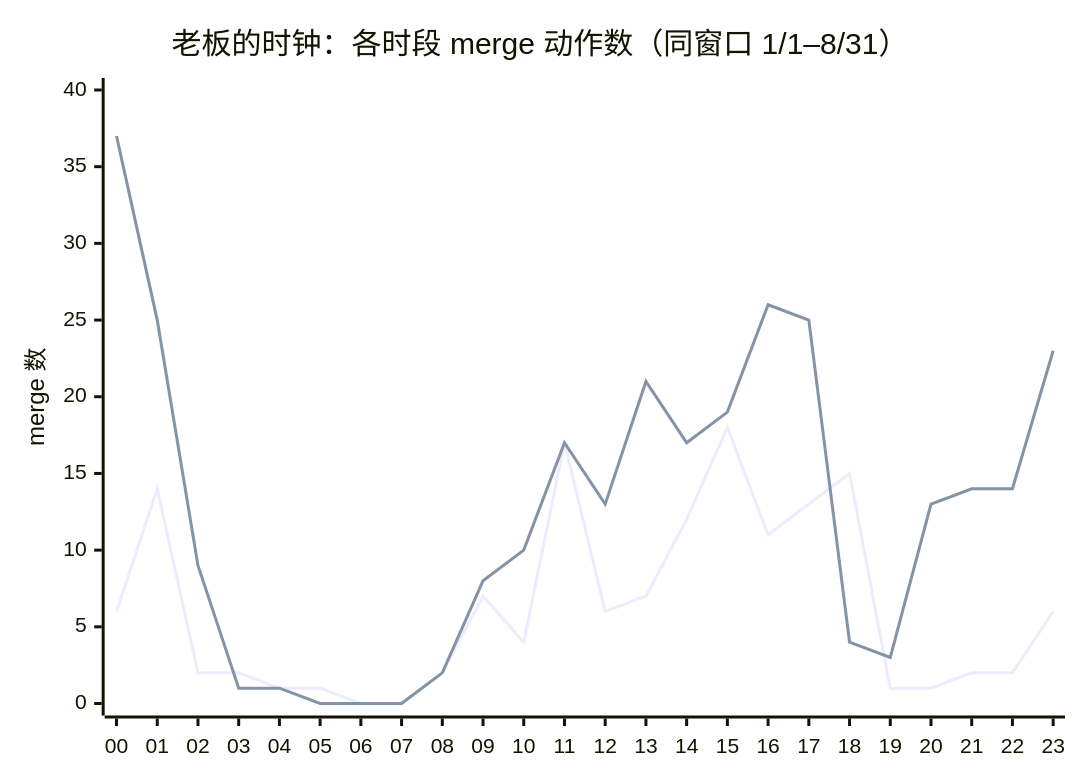
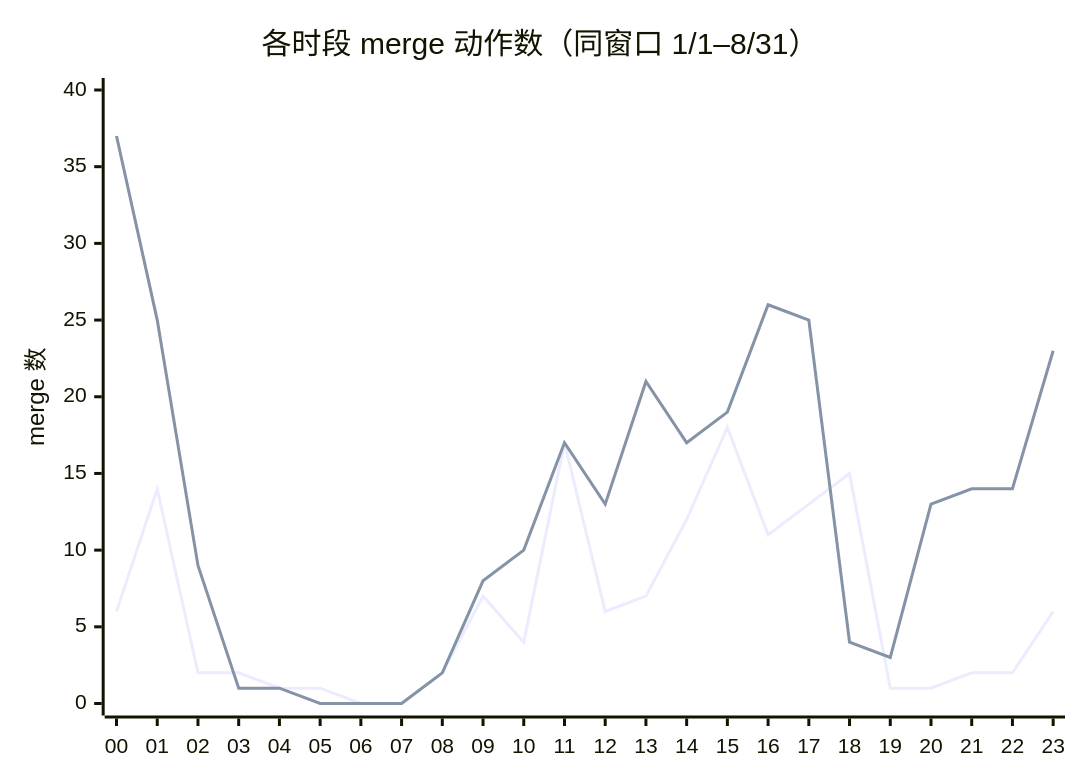
The fourth of 5 diagrams in blog_cn/source/_posts/我给AI排了24小时班-把自己排成了值班表.md (SilenWang/silen_blog), drawn with Mermaid before and after one commit. The commit also changed other lines of this file, not shown here.

````diff
--- a/blog_cn/source/_posts/我给AI排了24小时班-把自己排成了值班表.md
+++ b/blog_cn/source/_posts/我给AI排了24小时班-把自己排成了值班表.md
@@ -131,8 +96,8 @@
 ```mermaid
 xychart-beta
-    title "老板的时钟：各时段 merge 动作数（同窗口 1/1–8/31）"
+    title "各时段 merge 动作数（同窗口 1/1–8/31）"
     x-axis ["00","01","02","03","04","05","06","07","08","09","10","11","12","13","14","15","16","17","18","19","20","21","22","23"]
     y-axis "merge 数" 0 --> 40
     line [6,14,2,2,1,1,0,0,2,7,4,17,6,7,12,18,11,13,15,1,1,2,2,6]
     line [37,25,9,1,1,0,0,0,2,8,10,17,13,21,17,19,26,25,4,3,13,14,14,23]
 ```
````
